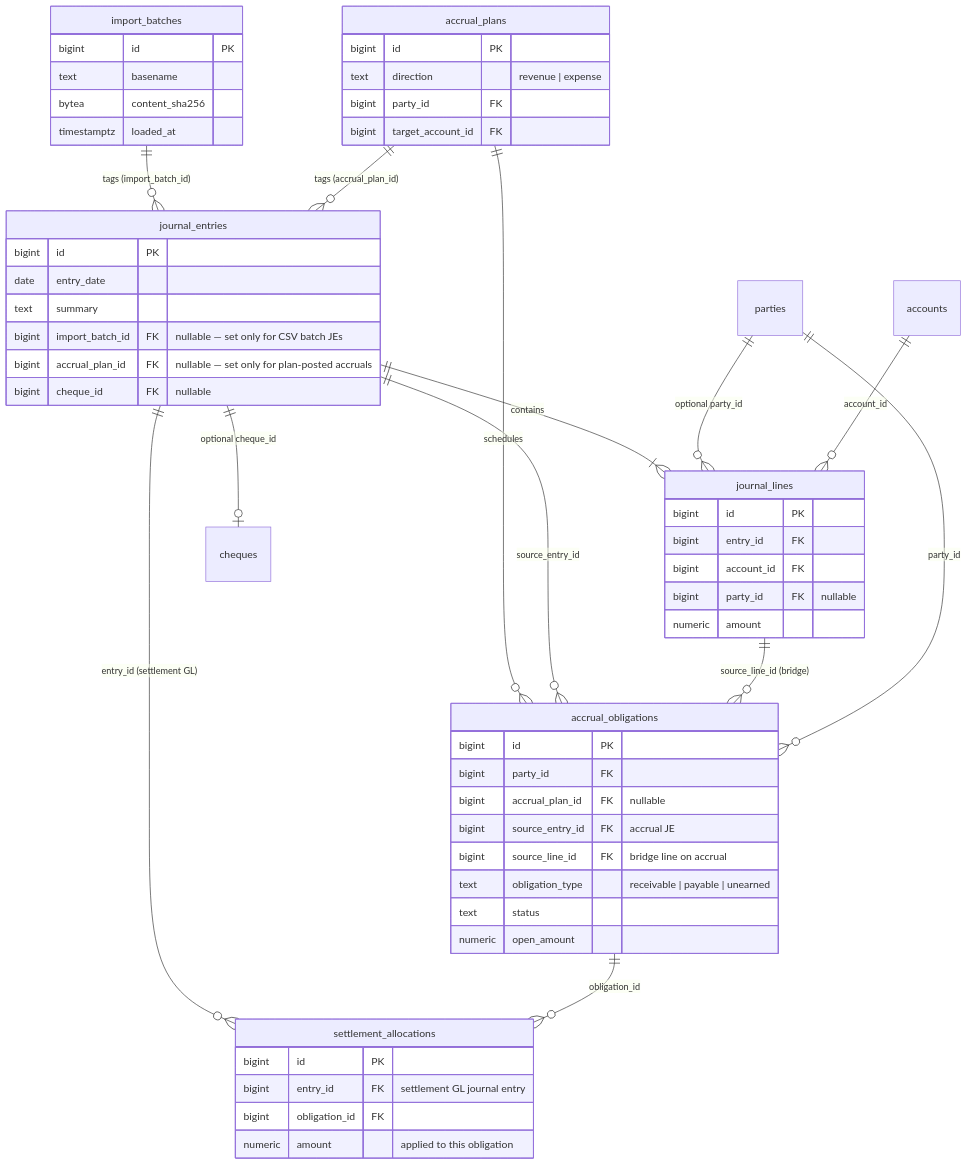
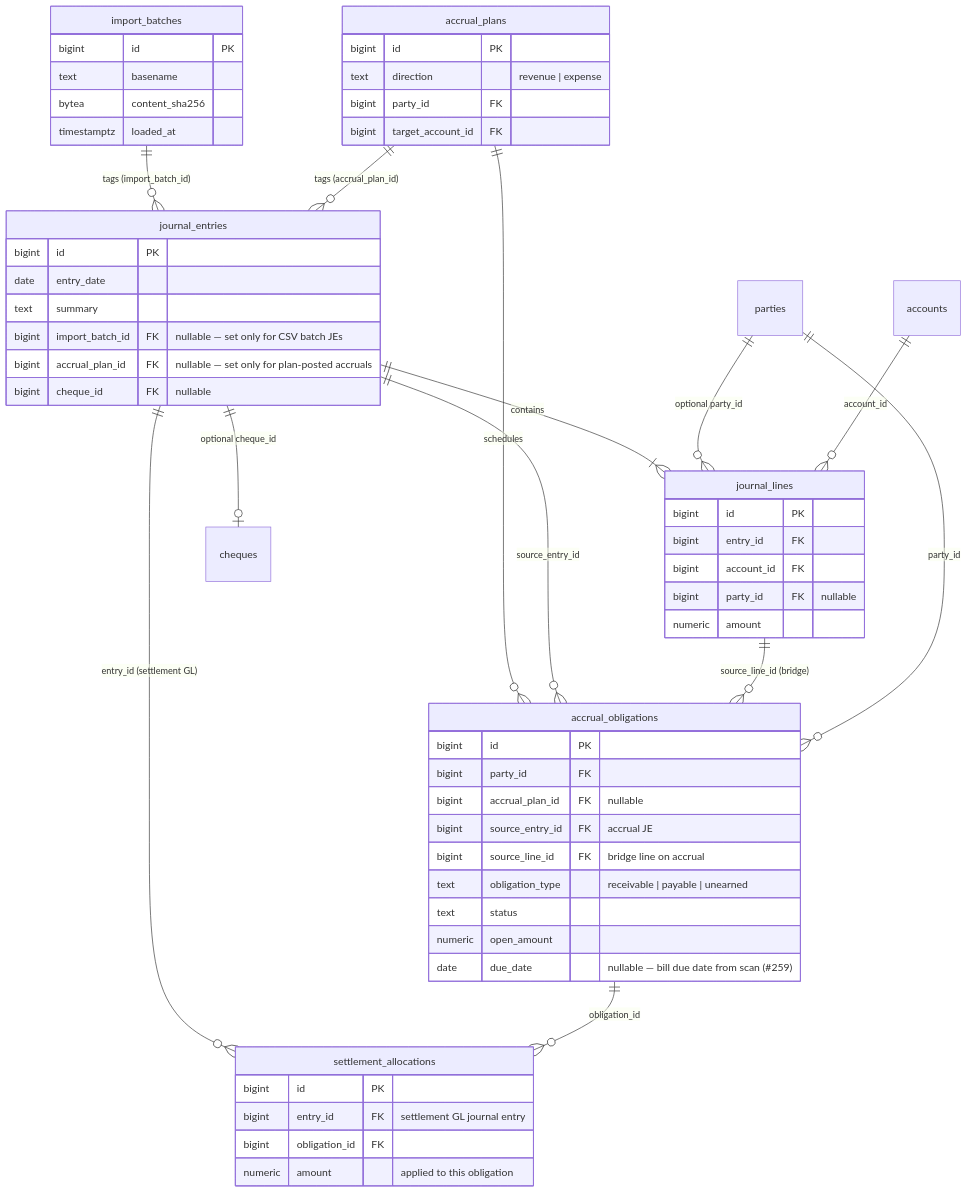
One commit to brettski74/TallyBadger changed the first of 4 diagrams in docs/ledger-data-model.md. Above: the diagram before and after it, drawn with Mermaid. The commit also changed 12 other files, not shown here.

````diff
--- a/docs/ledger-data-model.md
+++ b/docs/ledger-data-model.md
@@ -11,64 +11,65 @@
 ```mermaid
 erDiagram
     import_batches ||--o{ journal_entries : "tags (import_batch_id)"
     accrual_plans ||--o{ journal_entries : "tags (accrual_plan_id)"
     journal_entries ||--|{ journal_lines : "contains"
     journal_entries ||--o| cheques : "optional cheque_id"
     accrual_plans ||--o{ accrual_obligations : "schedules"
     journal_entries ||--o{ accrual_obligations : "source_entry_id"
     journal_lines ||--o{ accrual_obligations : "source_line_id (bridge)"
     parties ||--o{ accrual_obligations : "party_id"
     journal_entries ||--o{ settlement_allocations : "entry_id (settlement GL)"
     accrual_obligations ||--o{ settlement_allocations : "obligation_id"
     parties ||--o{ journal_lines : "optional party_id"
     accounts ||--o{ journal_lines : "account_id"
 
     import_batches {
         bigint id PK
         text basename
         bytea content_sha256
         timestamptz loaded_at
     }
 
     journal_entries {
         bigint id PK
         date entry_date
         text summary
         bigint import_batch_id FK "nullable — set only for CSV batch JEs"
         bigint accrual_plan_id FK "nullable — set only for plan-posted accruals"
         bigint cheque_id FK "nullable"
     }
 
     journal_lines {
         bigint id PK
         bigint entry_id FK
         bigint account_id FK
         bigint party_id FK "nullable"
         numeric amount
     }
 
     accrual_plans {
         bigint id PK
         text direction "revenue | expense"
         bigint party_id FK
         bigint target_account_id FK
     }
 
     accrual_obligations {
         bigint id PK
         bigint party_id FK
         bigint accrual_plan_id FK "nullable"
         bigint source_entry_id FK "accrual JE"
         bigint source_line_id FK "bridge line on accrual"
         text obligation_type "receivable | payable | unearned"
         text status
         numeric open_amount
+        date due_date "nullable — bill due date from scan (#259)"
     }
 
     settlement_allocations {
         bigint id PK
         bigint entry_id FK "settlement GL journal entry"
         bigint obligation_id FK
         numeric amount "applied to this obligation"
     }
 ```
````
